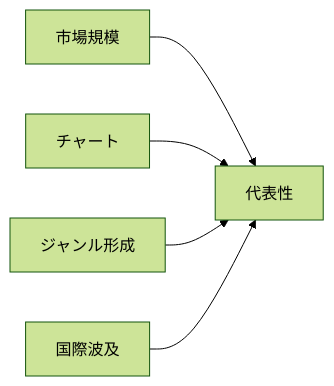
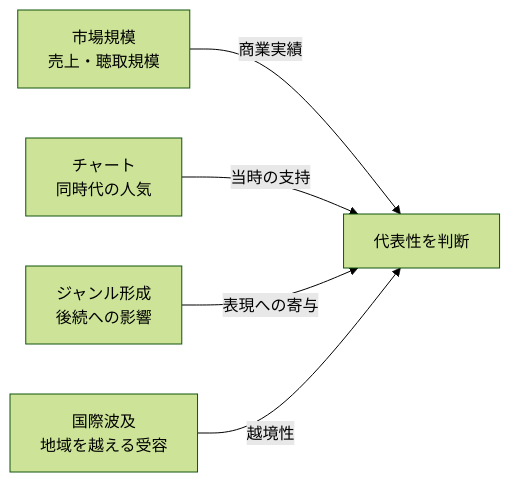
One commit to daylight55/research changed the diagram in articles/report/global-music-artists-by-era/ja/index.mdx. Above: the diagram before and after it, drawn with Mermaid (forest theme). The commit also changed 181 other files, not shown here.

First line of the commit message:
全記事の図解368点を再生成し、共通注意書きを削除 (#402)

````diff
--- a/articles/report/global-music-artists-by-era/ja/index.mdx
+++ b/articles/report/global-music-artists-by-era/ja/index.mdx
@@ -27,7 +27,14 @@
 ```mermaid
 flowchart LR
-  A["市場規模"] --> E["代表性"]
-  B["チャート"] --> E
-  C["ジャンル形成"] --> E
-  D["国際波及"] --> E
+  accTitle: 音楽家の代表性を四つの軸で比べる
+  accDescr: 市場規模、チャート、ジャンル形成、国際波及は異なる実績を測る。一つの順位だけで代表性を決めない。
+  N0["代表性を判断"]
+  N1["市場規模<br/>売上・聴取規模"]
+  N2["チャート<br/>同時代の人気"]
+  N3["ジャンル形成<br/>後続への影響"]
+  N4["国際波及<br/>地域を越える受容"]
+  N1 -->|商業実績| N0
+  N2 -->|当時の支持| N0
+  N3 -->|表現への寄与| N0
+  N4 -->|越境性| N0
 ```
````
